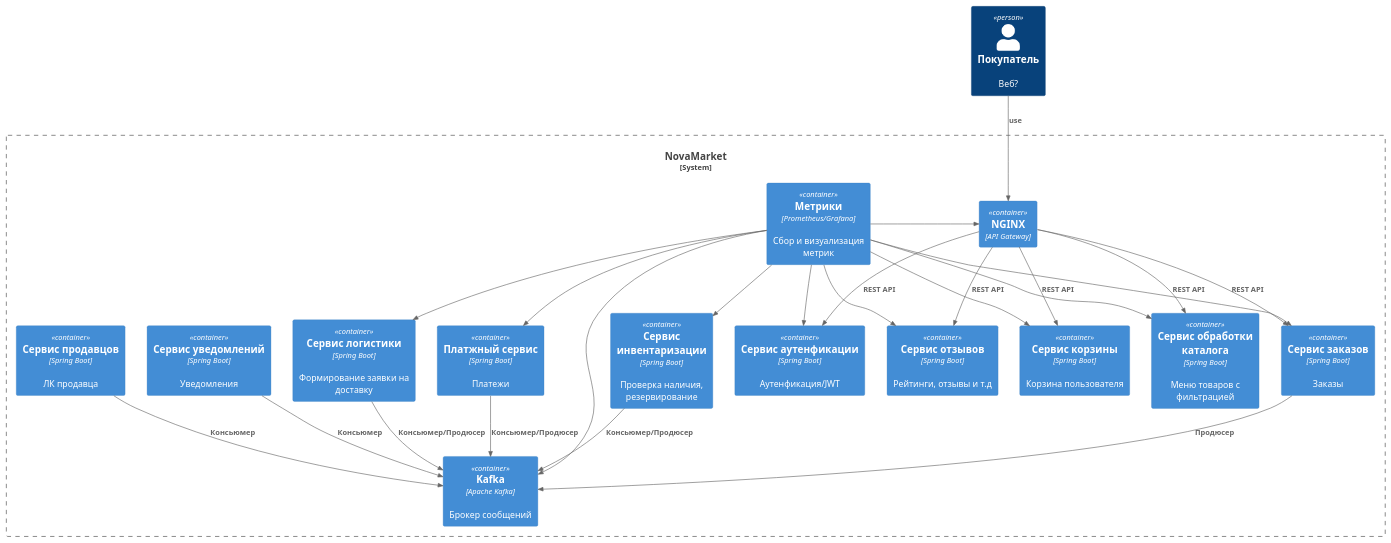
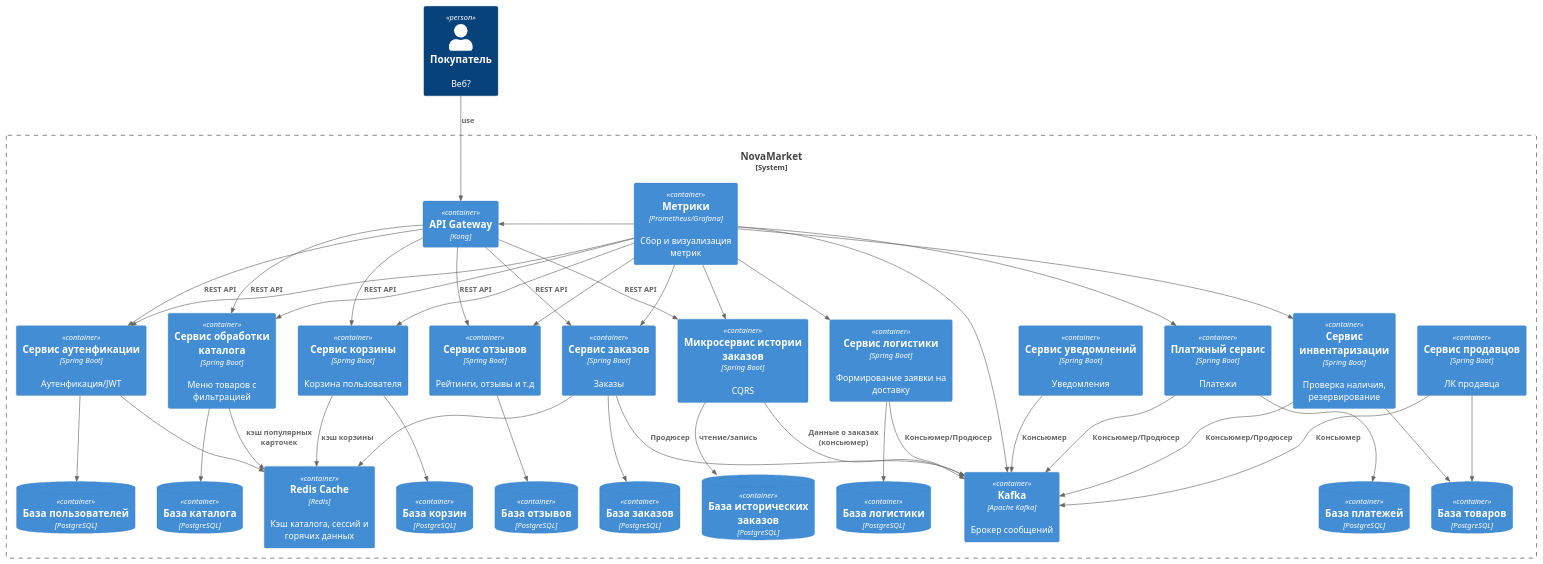
Before and after one commit to rof1ll/MSA-3-NovaMarket: the diagram in task1/diagram.puml, drawn with PlantUML. The commit also changed 12 other files, not shown here.

```diff
--- a/task1/diagram.puml
+++ b/task1/diagram.puml
@@ -1,51 +1,83 @@
 @startuml
 !include https://raw.githubusercontent.com/plantuml-stdlib/C4-PlantUML/master/C4_Container.puml
 
 Person(покупатель, "Покупатель", "Веб?")
 
 System_Boundary(novamarket, "NovaMarket") {
 
-    Container(nginx, "NGINX", "API Gateway")
+    Container(kong, "API Gateway", "Kong")
     Container(metrics, "Метрики", "Prometheus/Grafana", "Сбор и визуализация метрик")
     Container(auth, "Сервис аутенфикации", "Spring Boot", "Аутенфикация/JWT")
     Container(catalog, "Сервис обработки каталога", "Spring Boot", "Меню товаров с фильтрацией")
     Container(review, "Сервис отзывов", "Spring Boot", "Рейтинги, отзывы и т.д")
     Container(cart, "Сервис корзины", "Spring Boot", "Корзина пользователя")
     Container(order, "Сервис заказов", "Spring Boot", "Заказы")
 
     Container(invent, "Сервис инвентаризации", "Spring Boot", "Проверка наличия, резервирование")
     Container(payment, "Платжный сервис", "Spring Boot", "Платежи")
     Container(delivery, "Сервис логистики", "Spring Boot", "Формирование заявки на доставку")
     Container(notification, "Сервис уведомлений", "Spring Boot", "Уведомления")
     Container(seller_service, "Сервис продавцов", "Spring Boot", "ЛК продавца")
+    Container(history_service, "Микросервис истории заказов", "Spring Boot", "CQRS")
+    Container(cache_redis, "Redis Cache", "Redis", "Кэш каталога, сессий и горячих данных")
 
+    ContainerDb(auth_db, "База пользователей", "PostgreSQL")
+    ContainerDb(catalog_db, "База каталога", "PostgreSQL")
+    ContainerDb(review_db, "База отзывов", "PostgreSQL")
+    ContainerDb(cart_db, "База корзин", "PostgreSQL")
+    ContainerDb(order_db, "База заказов", "PostgreSQL")
+    ContainerDb(invent_db, "База товаров", "PostgreSQL")
+    ContainerDb(payment_db, "База платежей", "PostgreSQL")
+    ContainerDb(delivery_db, "База логистики", "PostgreSQL")
+    ContainerDb(history_db, "База исторических заказов", "PostgreSQL")
     Container(kafka, "Kafka", "Apache Kafka", "Брокер сообщений")
+    
 }
 
-Rel(покупатель, nginx, "use")
+Rel(покупатель, kong, "use")
 
-Rel_L(metrics, nginx, "")
+Rel_L(metrics, kong, "")
 Rel(metrics, review, "")
 Rel(metrics, order, "")
 Rel(metrics, invent, "")
 Rel(metrics, delivery, "")
 Rel(metrics, kafka, "")
 Rel(metrics, auth, "")
 Rel(metrics, catalog, "")
 Rel(metrics, cart, "")
 Rel(metrics, payment, "")
+Rel(metrics, history_service, "")
 
-Rel(nginx, auth, "REST API")
-Rel(nginx, catalog, "REST API")
-Rel(nginx, review, "REST API")
-Rel(nginx, cart, "REST API")
-Rel(nginx, order, "REST API")
+Rel(kong, auth, "REST API")
+Rel(kong, catalog, "REST API")
+Rel(kong, review, "REST API")
+Rel(kong, cart, "REST API")
+Rel(kong, order, "REST API")
+Rel(kong, history_service, "REST API")
+
+Rel(auth, auth_db, "")
+Rel(catalog, catalog_db, "")
+Rel(review, review_db, "")
+Rel(cart, cart_db, "")
+Rel(order, order_db, "")
+Rel(invent, invent_db, "")
+Rel(payment, payment_db, "")
+Rel(delivery, delivery_db, "")
+Rel(seller_service, invent_db, "")
+
+Rel(auth, cache_redis, "")
+Rel(catalog, cache_redis, "кэш популярных карточек")
+Rel(cart, cache_redis, "кэш корзины")
+Rel(order, cache_redis, "")
 
 Rel(order, kafka, "Продюсер")
 Rel(invent, kafka, "Консьюмер/Продюсер")
 Rel(payment, kafka, "Консьюмер/Продюсер")
 Rel(delivery, kafka, "Консьюмер/Продюсер")
 Rel(notification, kafka, "Консьюмер")
 Rel(seller_service, kafka, "Консьюмер")
+Rel(history_service, kafka, "Данные о заказах (консьюмер)")
+
+Rel(history_service, history_db, "чтение/запись")
 
 @enduml
```
